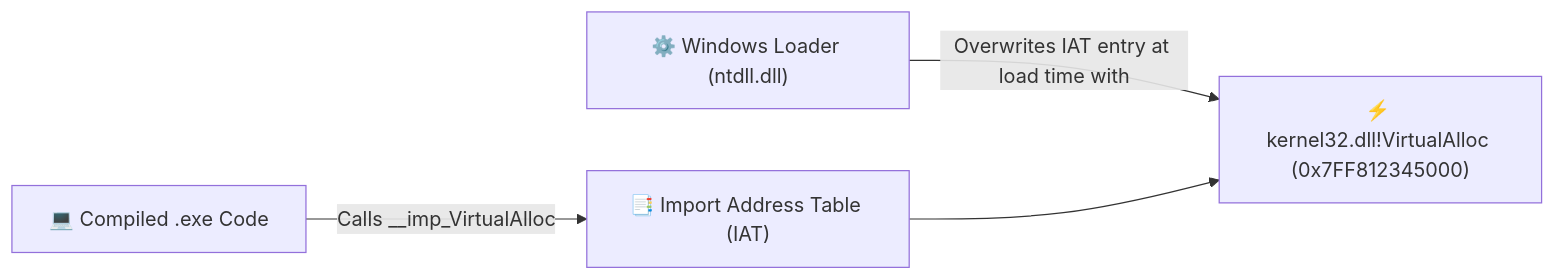
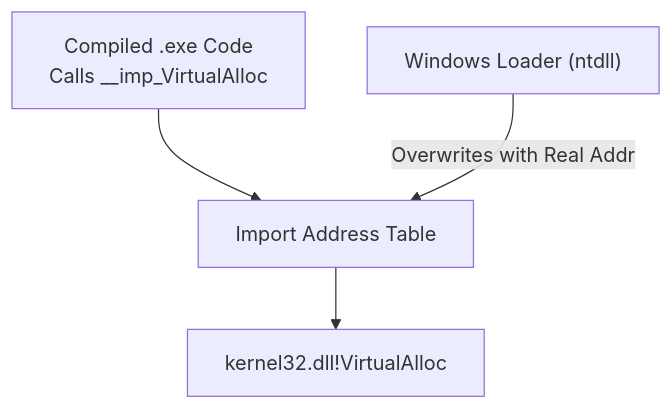
The first of 2 diagrams in topics/16-pe-coff-binary-format-and-dynamic-linking/README.md (DaddyZyn/Cyber-security-notes), drawn with Mermaid before and after one commit. The commit also changed other lines of this file and 19 other files, not shown here.

Commit message:
fix: overhaul all Mermaid diagrams with clean vertical layouts and short line-wrapping to prevent GitHub clipping

````diff
--- a/topics/16-pe-coff-binary-format-and-dynamic-linking/README.md
+++ b/topics/16-pe-coff-binary-format-and-dynamic-linking/README.md
@@ -114,6 +114,6 @@
 ```mermaid
-flowchart LR
-    Binary["💻 Compiled .exe Code"] -->|"Calls __imp_VirtualAlloc"| IAT["📑 Import Address Table (IAT)"]
-    Loader["⚙️ Windows Loader (ntdll.dll)"] -->|"Overwrites IAT entry at load time with"| RealFunc["⚡ kernel32.dll!VirtualAlloc (0x7FF812345000)"]
-    IAT --> RealFunc
+flowchart TD
+    Code["Compiled .exe Code<br/>Calls __imp_VirtualAlloc"] --> IAT["Import Address Table"]
+    Loader["Windows Loader (ntdll)"] -->|Overwrites with Real Addr| IAT
+    IAT --> Target["kernel32.dll!VirtualAlloc"]
 ```
````
